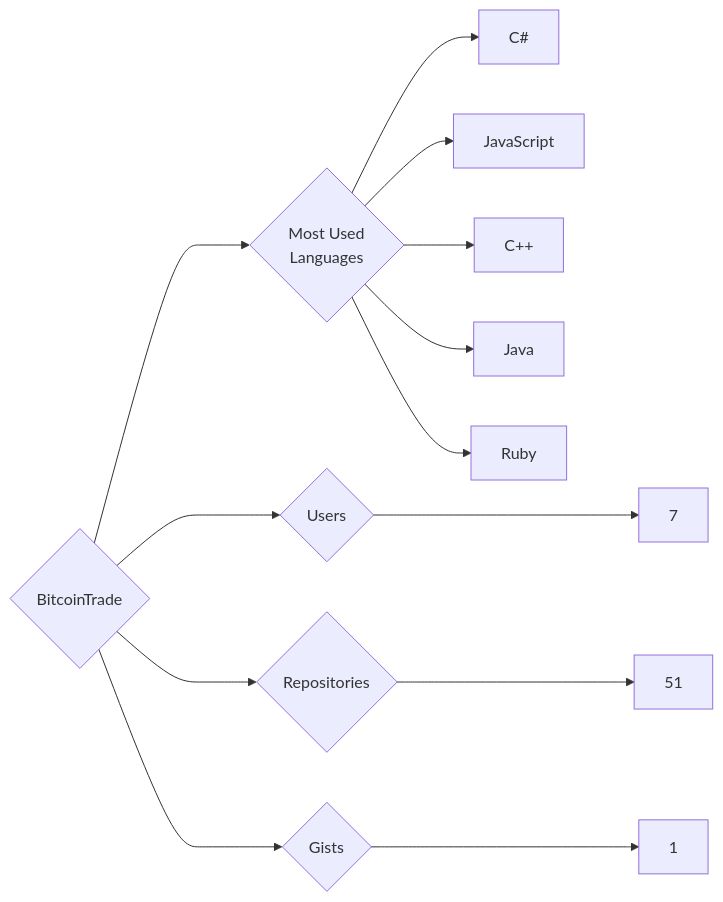
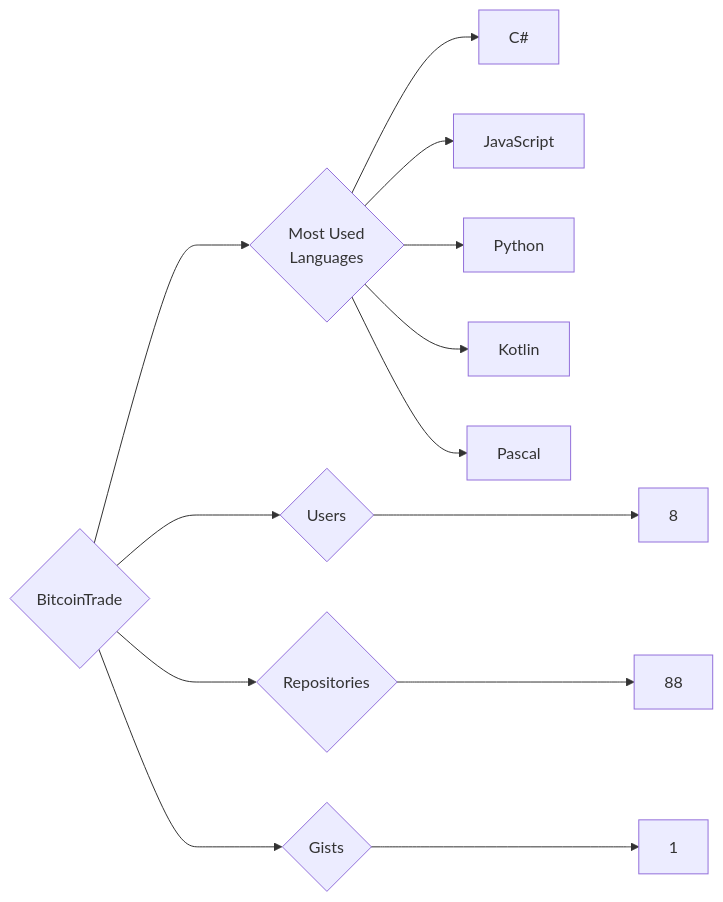
One commit to trickest/insiders changed the diagram in targets/BitcoinTrade/README.md. Above: the diagram before and after it, drawn with Mermaid. The commit also changed 1078 other files, not shown here.

````diff
--- a/targets/BitcoinTrade/README.md
+++ b/targets/BitcoinTrade/README.md
@@ -3,13 +3,13 @@
 ```mermaid
 graph LR
 COMPANY_NAME{BitcoinTrade}
-COMPANY_NAME ---> U{Users} ---> UN[7]
-COMPANY_NAME ---> R{Repositories} ---> RN[51]
+COMPANY_NAME ---> U{Users} ---> UN[8]
+COMPANY_NAME ---> R{Repositories} ---> RN[88]
 COMPANY_NAME ---> G{Gists} ---> GN[1]
 COMPANY_NAME ---> ML{Most Used<br>Languages}
 ML --> C#[C#]
 ML --> JavaScript[JavaScript]
-ML --> C++[C++]
-ML --> Java[Java]
-ML --> Ruby[Ruby]
+ML --> Python[Python]
+ML --> Kotlin[Kotlin]
+ML --> Pascal[Pascal]
 ```
````
